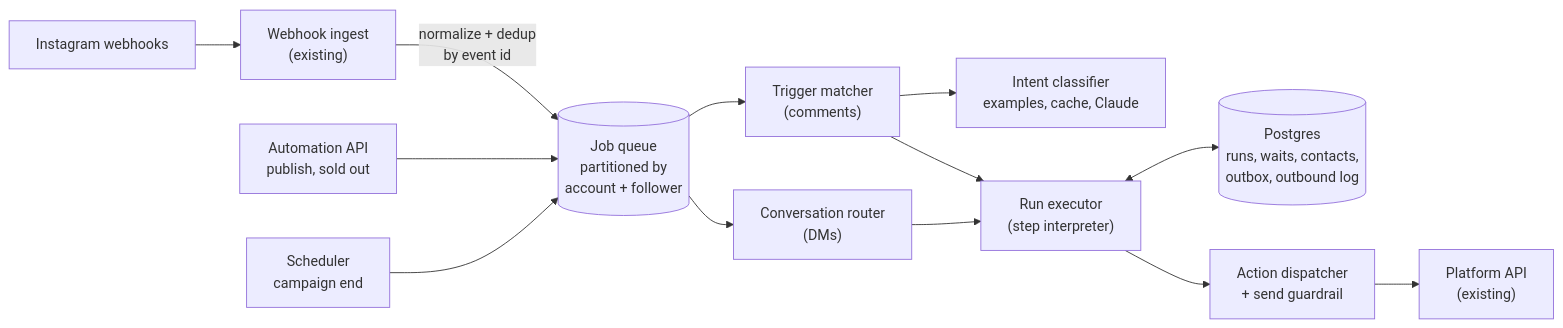
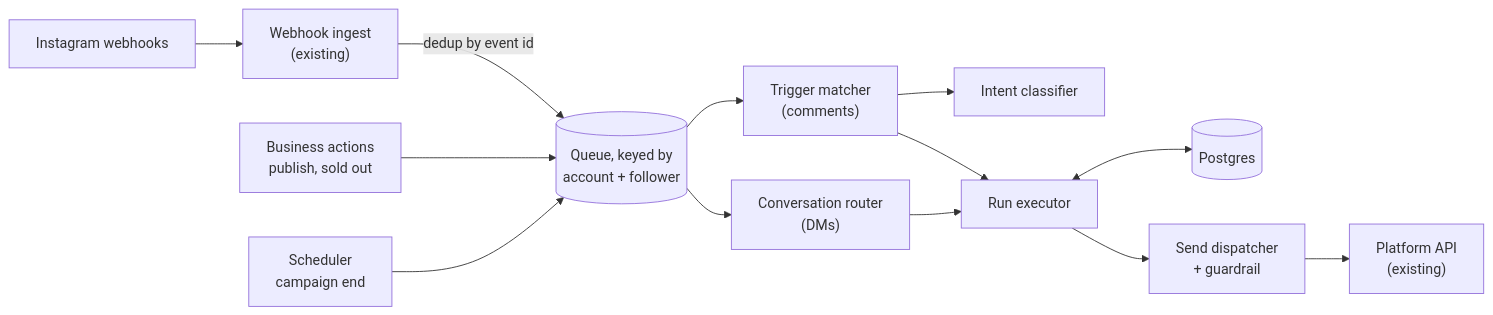
The first of 3 diagrams in docs/DESIGN.md (nafeoalam/comment-automations), drawn with Mermaid before and after one commit. The commit also changed other lines of this file and 1 other file, not shown here.

````diff
--- a/docs/DESIGN.md
+++ b/docs/DESIGN.md
@@ -94,15 +47,15 @@
 ```mermaid
 flowchart LR
   IG["Instagram webhooks"] --> ING["Webhook ingest<br/>(existing)"]
-  ING -->|"normalize + dedup<br/>by event id"| Q[("Job queue<br/>partitioned by<br/>account + follower")]
+  ING -->|"dedup by event id"| Q[("Queue, keyed by<br/>account + follower")]
   Q --> TRG["Trigger matcher<br/>(comments)"]
   Q --> CONV["Conversation router<br/>(DMs)"]
-  TRG --> INT["Intent classifier<br/>examples, cache, Claude"]
-  TRG --> EXE["Run executor<br/>(step interpreter)"]
+  TRG --> INT["Intent classifier"]
+  TRG --> EXE["Run executor"]
   CONV --> EXE
-  EXE <--> DB[("Postgres<br/>runs, waits, contacts,<br/>outbox, outbound log")]
-  EXE --> DISP["Action dispatcher<br/>+ send guardrail"]
+  EXE <--> DB[("Postgres")]
+  EXE --> DISP["Send dispatcher<br/>+ guardrail"]
   DISP --> API["Platform API<br/>(existing)"]
-  ADMIN["Automation API<br/>publish, sold out"] --> Q
+  ADMIN["Business actions<br/>publish, sold out"] --> Q
   SCHED["Scheduler<br/>campaign end"] --> Q
 ```
````
